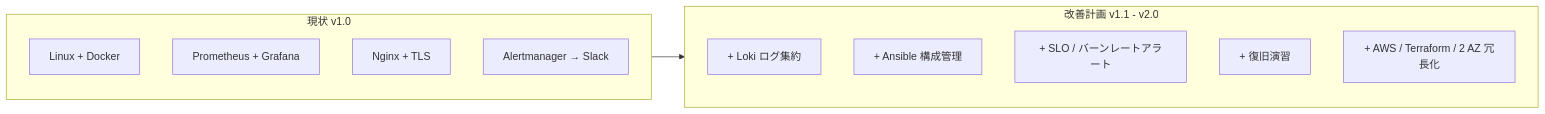
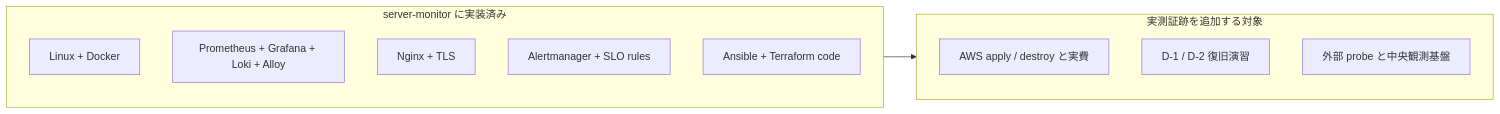
Before and after one commit to ns7jp/ns7jp: the diagram in README.md, drawn with Mermaid. The commit also changed other lines of this file and 9 other files, not shown here.

Commit message:
Sync portfolio with server-monitor implementation status

````diff
--- a/README.md
+++ b/README.md
@@ -9,19 +9,18 @@
 ```mermaid
 flowchart LR
-    subgraph Current[現状 v1.0]
+    subgraph Implemented[server-monitor に実装済み]
         C1[Linux + Docker]
-        C2[Prometheus + Grafana]
+        C2[Prometheus + Grafana + Loki + Alloy]
         C3[Nginx + TLS]
-        C4[Alertmanager → Slack]
+        C4[Alertmanager + SLO rules]
+        C5[Ansible + Terraform code]
     end
 
-    subgraph Next[改善計画 v1.1 - v2.0]
-        N1[+ Loki ログ集約]
-        N2[+ Ansible 構成管理]
-        N3[+ SLO / バーンレートアラート]
-        N4[+ 復旧演習]
-        N5[+ AWS / Terraform / 2 AZ 冗長化]
+    subgraph Evidence[実測証跡を追加する対象]
+        N1[AWS apply / destroy と実費]
+        N2[D-1 / D-2 復旧演習]
+        N3[外部 probe と中央観測基盤]
     end
 
-    Current --> Next
+    Implemented --> Evidence
 ```
````
